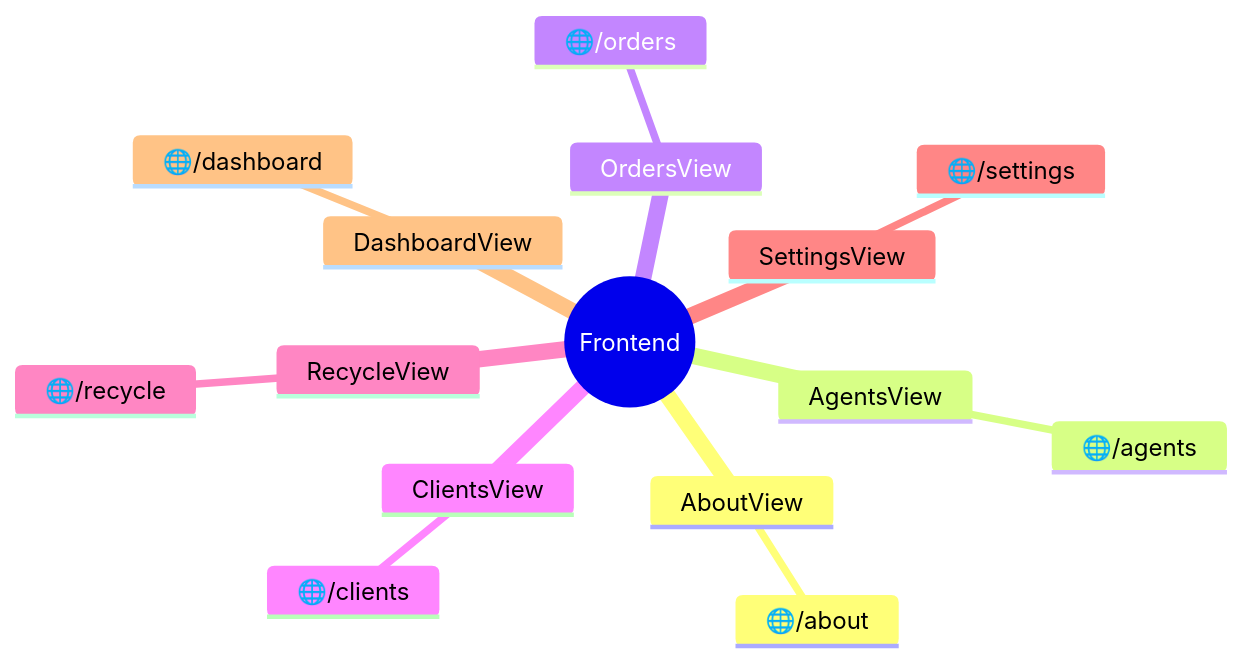
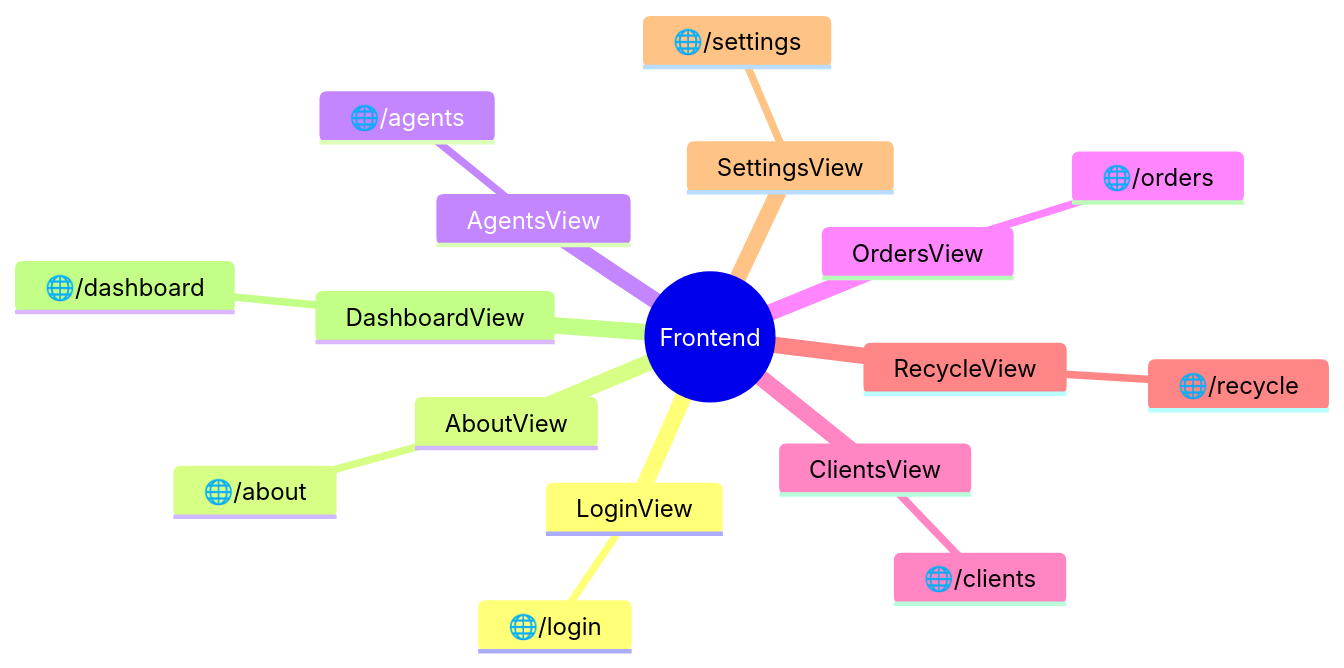
One commit to AleksOBM/vaadin-service-desk changed the first of 2 diagrams in README.en.md. Above: the diagram before and after it, drawn with Mermaid. The commit also changed other lines of this file and 1 other file, not shown here.

````diff
--- a/README.en.md
+++ b/README.en.md
@@ -147,18 +147,20 @@
 ```mermaid
 mindmap
   root((Frontend))
+    LoginView
+      🌐/login
     AboutView
       🌐/about
     AgentsView
       🌐/agents
     OrdersView
       🌐/orders
     ClientsView
       🌐/clients
     RecycleView
       🌐/recycle
     SettingsView
       🌐/settings
     DashboardView
       🌐/dashboard
 ```
````
